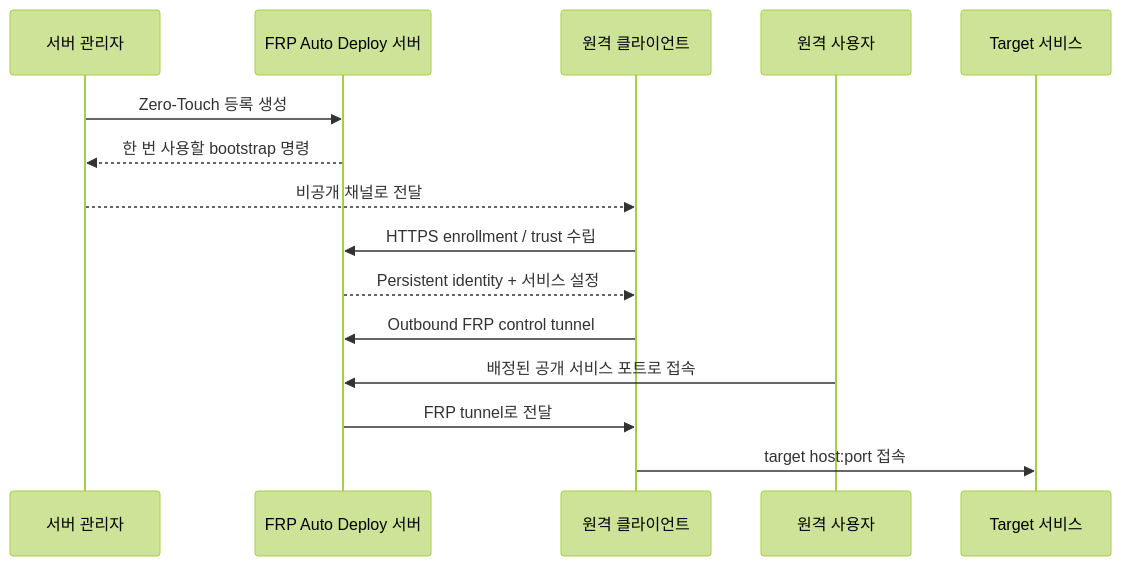
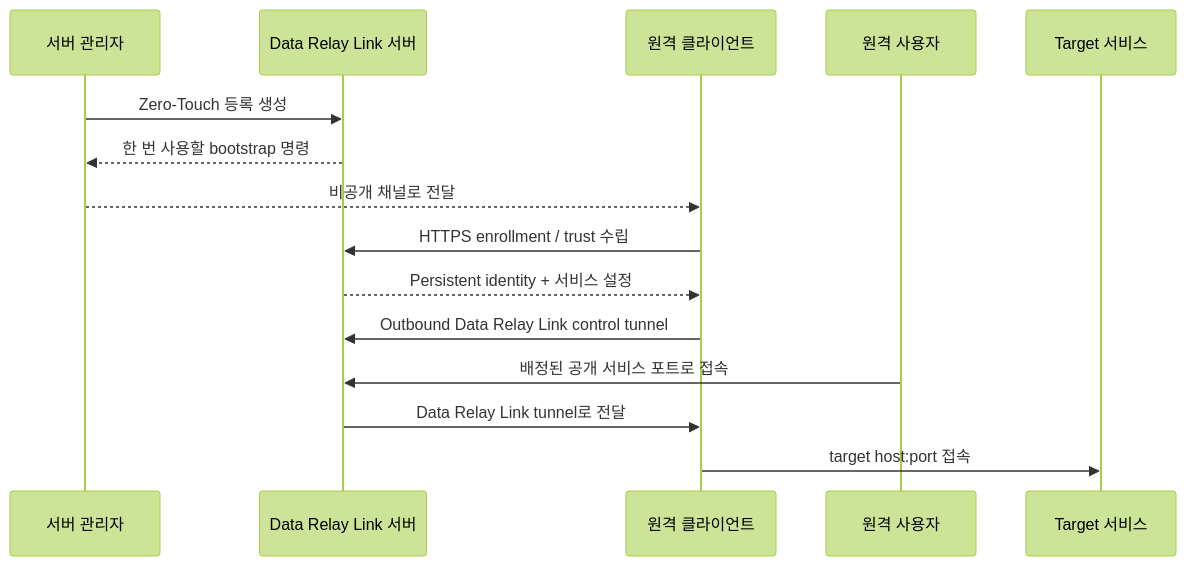
Before and after one commit to datarelay-labs/data-relay-link-docs: the second of 2 diagrams in ko/index.mdx, drawn with Mermaid (forest theme). The commit also changed other lines of this file and 32 other files, not shown here.

````diff
--- a/ko/index.mdx
+++ b/ko/index.mdx
@@ -58,18 +62,18 @@
 ```mermaid
 sequenceDiagram
     participant A as 서버 관리자
-    participant S as FRP Auto Deploy 서버
+    participant S as Data Relay Link 서버
     participant C as 원격 클라이언트
     participant U as 원격 사용자
     participant T as Target 서비스
 
     A->>S: Zero-Touch 등록 생성
     S-->>A: 한 번 사용할 bootstrap 명령
     A-->>C: 비공개 채널로 전달
     C->>S: HTTPS enrollment / trust 수립
     S-->>C: Persistent identity + 서비스 설정
-    C->>S: Outbound FRP control tunnel
+    C->>S: Outbound Data Relay Link control tunnel
     U->>S: 배정된 공개 서비스 포트로 접속
-    S->>C: FRP tunnel로 전달
+    S->>C: Data Relay Link tunnel로 전달
     C->>T: target host:port 접속
 ```
````
